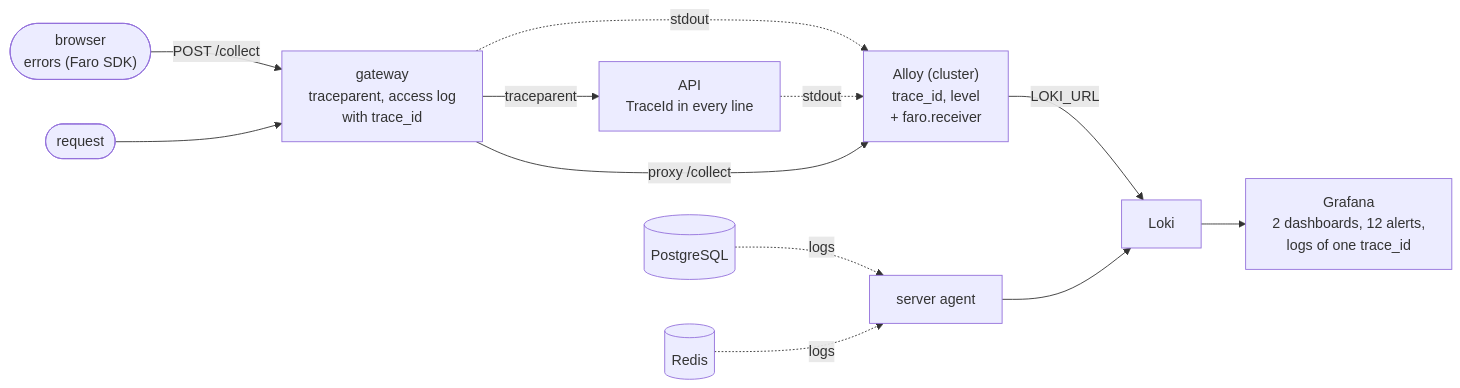
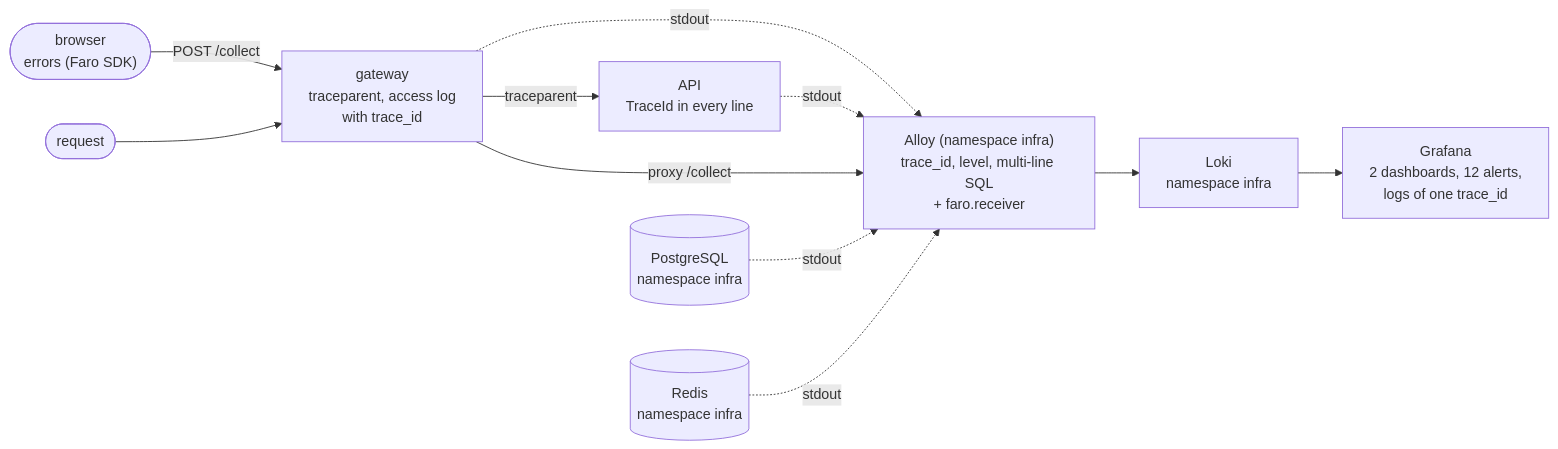
Diagram 18 of 18 in docs/flows.md (RubenCipriano/zeiss-product-management), drawn with Mermaid before and after one commit. The commit also changed other lines of this file and 80 other files, not shown here.

````diff
--- a/docs/flows.md
+++ b/docs/flows.md
@@ -850,14 +862,13 @@
 ```mermaid
 flowchart LR
     br(["browser<br/>errors (Faro SDK)"]) -->|"POST /collect"| gw
     req(["request"]) --> gw["gateway<br/>traceparent, access log<br/>with trace_id"]
     gw -->|"traceparent"| api["API<br/>TraceId in every line"]
 
-    gw & api -. stdout .-> alloy["Alloy (cluster)<br/>trace_id, level<br/>+ faro.receiver"]
+    gw & api -. stdout .-> alloy["Alloy (namespace infra)<br/>trace_id, level, multi-line SQL<br/>+ faro.receiver"]
     gw -->|"proxy /collect"| alloy
-    pg[("PostgreSQL")] & rd[("Redis")] -. logs .-> agent["server agent"]
+    pg[("PostgreSQL<br/>namespace infra")] & rd[("Redis<br/>namespace infra")] -. stdout .-> alloy
 
-    alloy -->|"LOKI_URL"| loki["Loki"]
-    agent --> loki
+    alloy --> loki["Loki<br/>namespace infra"]
     loki --> graf["Grafana<br/>2 dashboards, 12 alerts,<br/>logs of one trace_id"]
 ```
````
